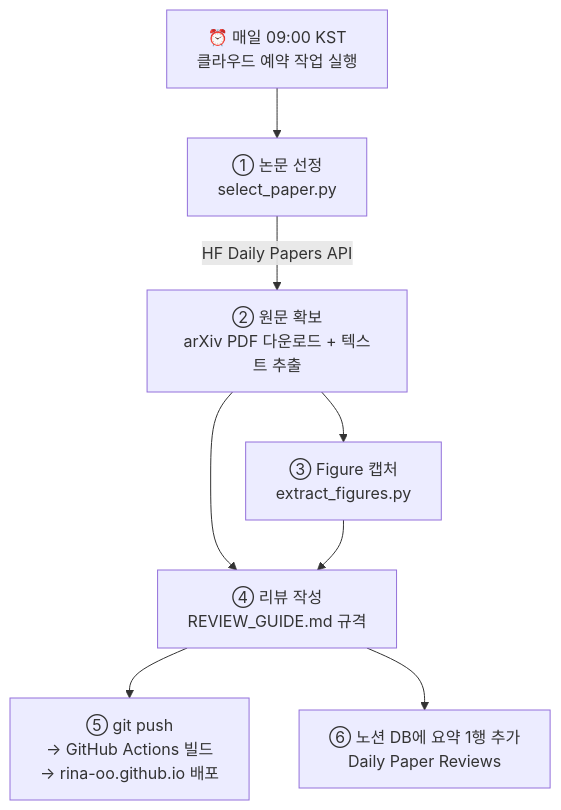
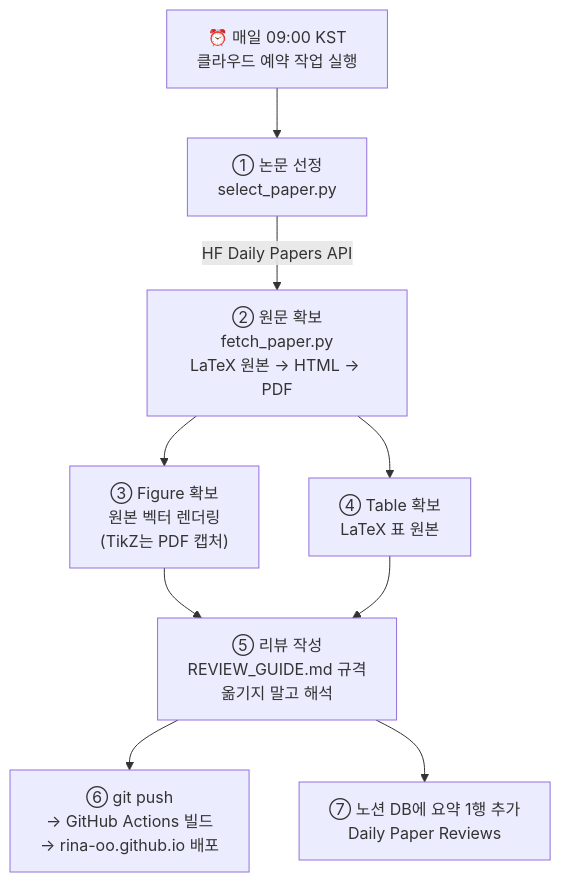
One commit to rina-oo/rina-oo.github.io changed the diagram in docs/PIPELINE.md. Above: the diagram before and after it, drawn with Mermaid. The commit also changed other lines of this file and 2 other files, not shown here.

````diff
--- a/docs/PIPELINE.md
+++ b/docs/PIPELINE.md
@@ -7,10 +7,11 @@
 ```mermaid
 flowchart TD
     A["⏰ 매일 09:00 KST<br>클라우드 예약 작업 실행"] --> B["① 논문 선정<br>select_paper.py"]
-    B -->|"HF Daily Papers API"| C["② 원문 확보<br>arXiv PDF 다운로드 + 텍스트 추출"]
-    C --> D["③ Figure 캡처<br>extract_figures.py"]
-    C --> E["④ 리뷰 작성<br>REVIEW_GUIDE.md 규격"]
-    D --> E
-    E --> F["⑤ git push<br>→ GitHub Actions 빌드<br>→ rina-oo.github.io 배포"]
-    E --> G["⑥ 노션 DB에 요약 1행 추가<br>Daily Paper Reviews"]
+    B -->|"HF Daily Papers API"| C["② 원문 확보<br>fetch_paper.py<br>LaTeX 원본 → HTML → PDF"]
+    C --> D["③ Figure 확보<br>원본 벡터 렌더링<br>(TikZ는 PDF 캡처)"]
+    C --> T["④ Table 확보<br>LaTeX 표 원본"]
+    D --> E["⑤ 리뷰 작성<br>REVIEW_GUIDE.md 규격<br>옮기지 말고 해석"]
+    T --> E
+    E --> F["⑥ git push<br>→ GitHub Actions 빌드<br>→ rina-oo.github.io 배포"]
+    E --> G["⑦ 노션 DB에 요약 1행 추가<br>Daily Paper Reviews"]
 ```
````
